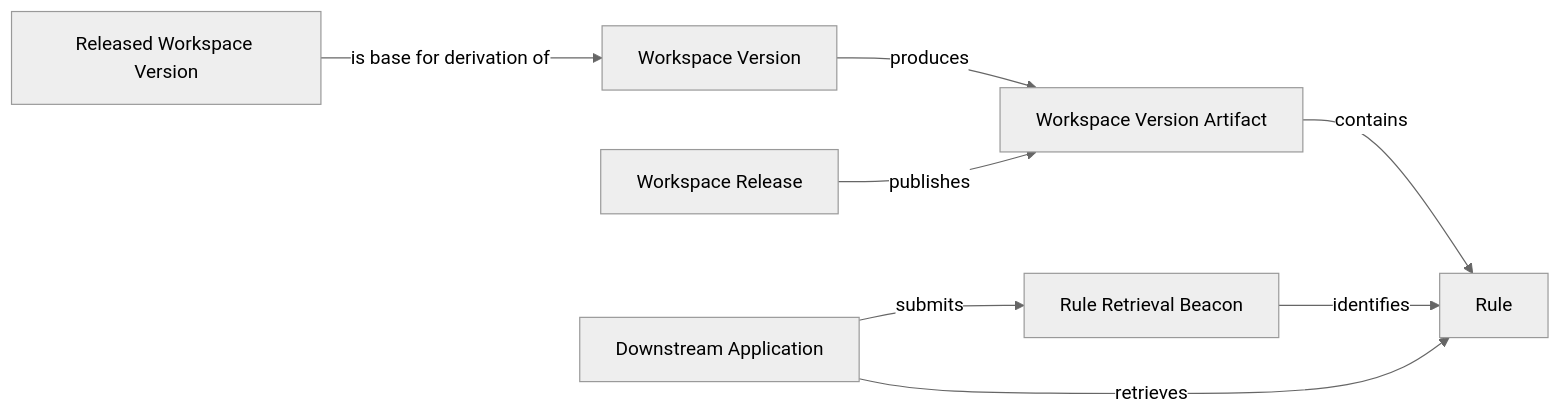
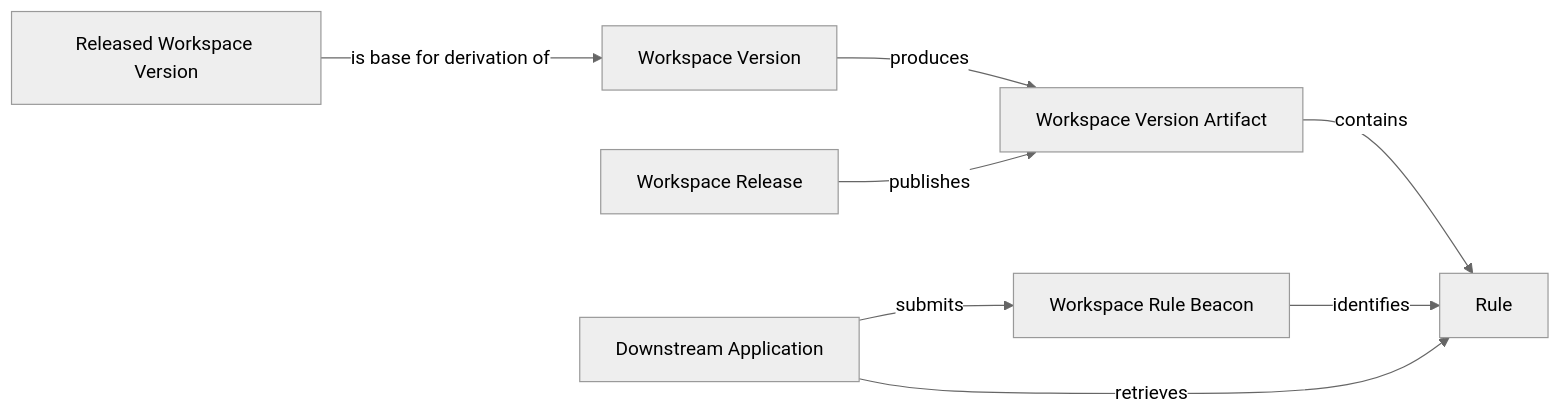
The third of 3 diagrams in specs/copernicus/relationships.md (huang-xiao-jian/themis), drawn with Mermaid (neutral theme) before and after one commit. The commit also changed other lines of this file and 1 other file, not shown here.

Commit message:
docs(copernicus): complete workspace rule beacon rename

````diff
--- a/specs/copernicus/relationships.md
+++ b/specs/copernicus/relationships.md
@@ -189,18 +189,18 @@
 ```mermaid
 flowchart LR
     base[Released Workspace Version]
     version[Workspace Version]
     artifact[Workspace Version Artifact]
     release[Workspace Release]
     rule[Rule]
-    beacon[Rule Retrieval Beacon]
+    beacon[Workspace Rule Beacon]
     app[Downstream Application]
 
     base -->|is base for derivation of| version
     version -->|produces| artifact
     release -->|publishes| artifact
     artifact -->|contains| rule
     beacon -->|identifies| rule
     app -->|submits| beacon
     app -->|retrieves| rule
 ```
````
